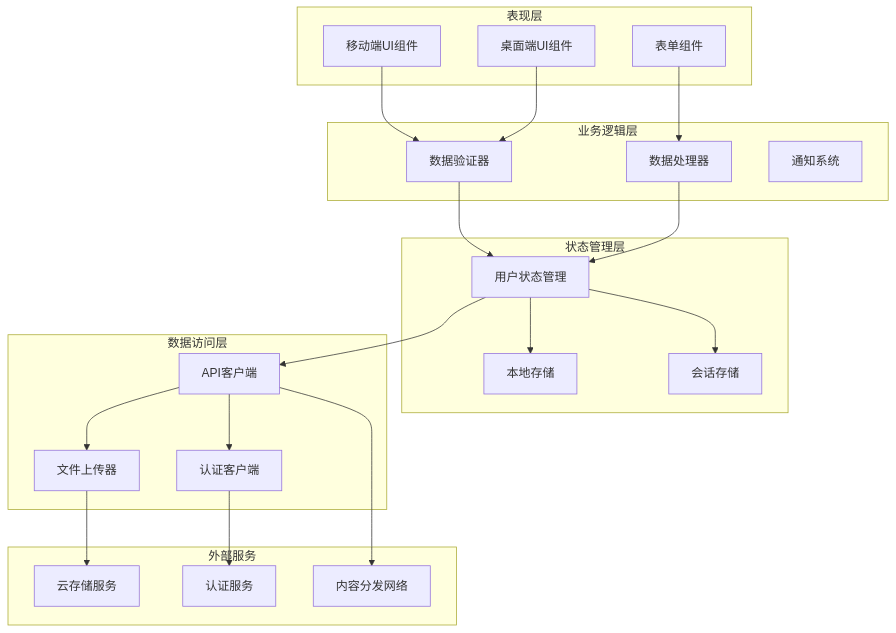
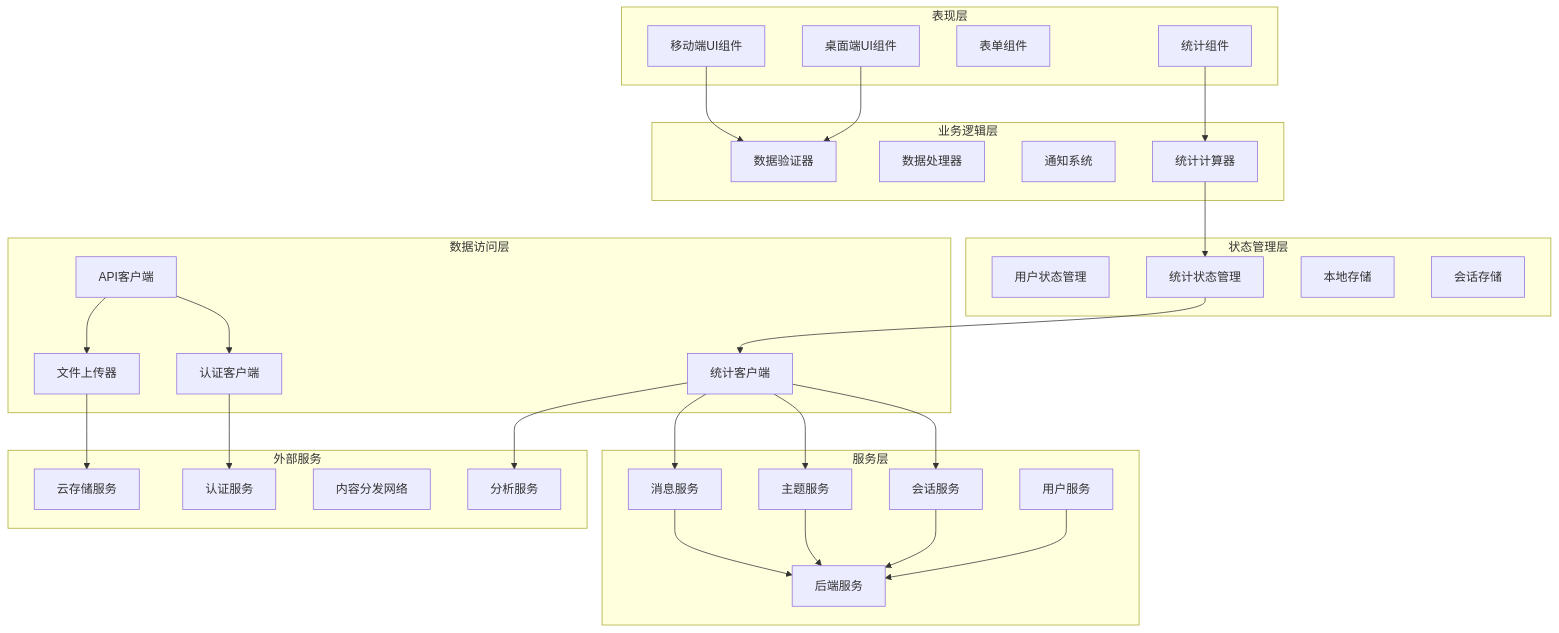
Before and after one commit to AvatoLabs/avato: the second of 8 diagrams in .qoder/repowiki/zh/content/核心功能模块/个人资料编辑增强.md, drawn with Mermaid. The commit also changed other lines of this file and 23 other files, not shown here.

````diff
--- a/.qoder/repowiki/zh/content/核心功能模块/个人资料编辑增强.md
+++ b/.qoder/repowiki/zh/content/核心功能模块/个人资料编辑增强.md
@@ -127,41 +180,57 @@
 ```mermaid
 graph TD
 subgraph "表现层"
 MobileUI[移动端UI组件]
 DesktopUI[桌面端UI组件]
 FormComponents[表单组件]
+StatsComponents[统计组件]
 end
 subgraph "业务逻辑层"
 Validation[数据验证器]
 Processing[数据处理器]
 Notification[通知系统]
+StatsCalculator[统计计算器]
 end
 subgraph "状态管理层"
 UserStore[用户状态管理]
+StatsStore[统计状态管理]
 LocalStorage[本地存储]
 SessionStorage[会话存储]
 end
 subgraph "数据访问层"
 APIClient[API客户端]
 AuthClient[认证客户端]
+StatsClient[统计客户端]
 FileUploader[文件上传器]
+end
+subgraph "服务层"
+MessageService[消息服务]
+TopicService[主题服务]
+SessionService[会话服务]
+UserService[用户服务]
+Backend[后端服务]
 end
 subgraph "外部服务"
 CloudStorage[云存储服务]
 AuthService[认证服务]
 CDN[内容分发网络]
+Analytics[分析服务]
 end
 MobileUI --> Validation
 DesktopUI --> Validation
-FormComponents --> Processing
-Validation --> UserStore
-Processing --> UserStore
-UserStore --> LocalStorage
-UserStore --> SessionStorage
-UserStore --> APIClient
+StatsComponents --> StatsCalculator
+StatsCalculator --> StatsStore
+StatsStore --> StatsClient
+StatsClient --> MessageService
+StatsClient --> TopicService
+StatsClient --> SessionService
+MessageService --> Backend
+TopicService --> Backend
+SessionService --> Backend
+UserService --> Backend
 APIClient --> AuthClient
 APIClient --> FileUploader
 FileUploader --> CloudStorage
 AuthClient --> AuthService
-APIClient --> CDN
+StatsClient --> Analytics
 ```
````
